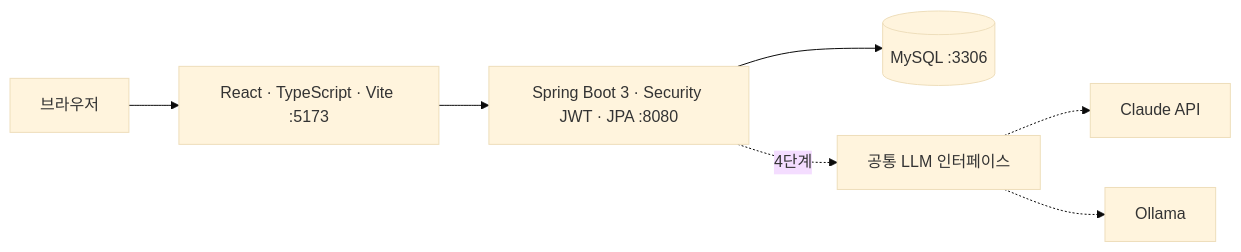
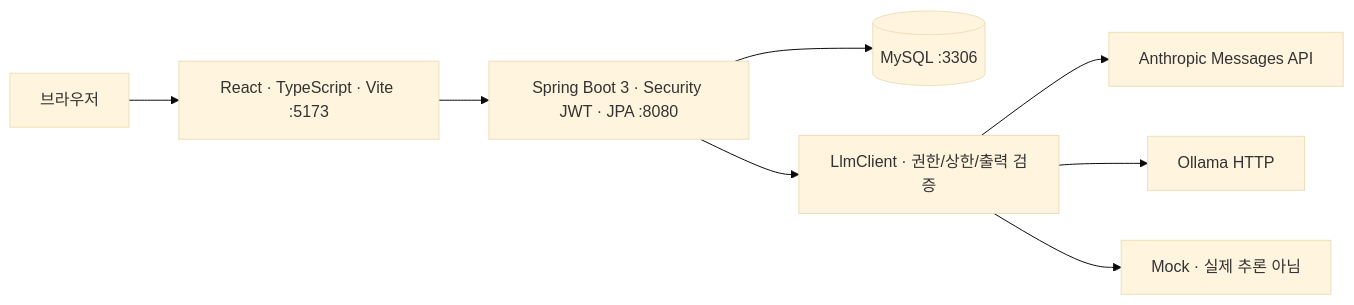
The third of 5 diagrams in docs/02-architecture.md (MaoEmong/ems-ai-team-portfolio), drawn with Mermaid (base theme) before and after one commit. The commit also changed other lines of this file and 67 other files, not shown here.

````diff
--- a/docs/02-architecture.md
+++ b/docs/02-architecture.md
@@ -168,9 +168,10 @@
 ```mermaid
 flowchart LR
   Browser[브라우저] --> Front[React · TypeScript · Vite :5173]
   Front --> API[Spring Boot 3 · Security JWT · JPA :8080]
   API --> DB[(MySQL :3306)]
-  API -. 4단계 .-> Adapter[공통 LLM 인터페이스]
-  Adapter -.-> Claude[Claude API]
-  Adapter -.-> Ollama[Ollama]
+  API --> Adapter[LlmClient · 권한/상한/출력 검증]
+  Adapter --> Claude[Anthropic Messages API]
+  Adapter --> Ollama[Ollama HTTP]
+  Adapter --> Mock[Mock · 실제 추론 아님]
 ```
````
